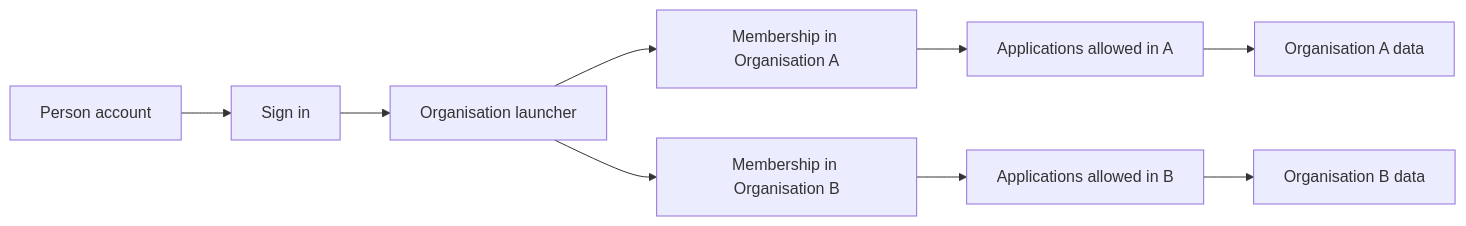
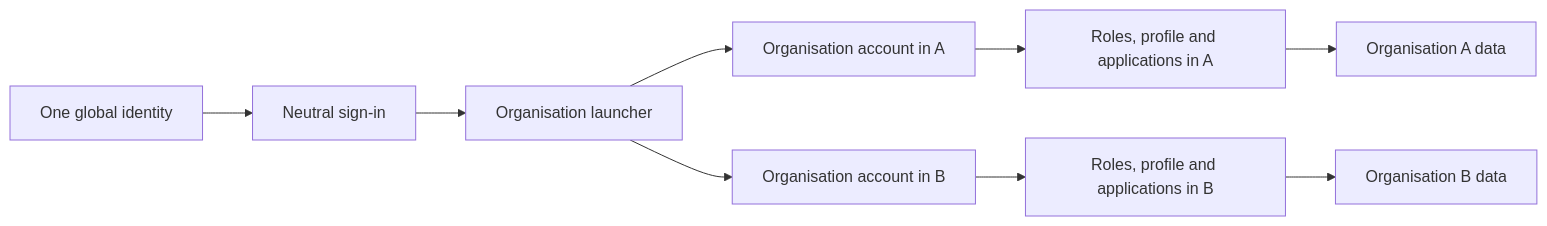
Before and after one commit to Abzum-NZ/Abzum-Vortex: the diagram in docs/specification/02-people-organisations-and-sign-in.md, drawn with Mermaid. The commit also changed other lines of this file and 21 other files, not shown here.

````diff
--- a/docs/specification/02-people-organisations-and-sign-in.md
+++ b/docs/specification/02-people-organisations-and-sign-in.md
@@ -11,11 +11,11 @@
 ```mermaid
 flowchart LR
-    P[Person account] --> S[Sign in]
+    I[One global identity] --> S[Neutral sign-in]
     S --> L[Organisation launcher]
-    L --> M1[Membership in Organisation A]
-    L --> M2[Membership in Organisation B]
-    M1 --> A1[Applications allowed in A]
-    M2 --> A2[Applications allowed in B]
+    L --> O1[Organisation account in A]
+    L --> O2[Organisation account in B]
+    O1 --> A1[Roles, profile and applications in A]
+    O2 --> A2[Roles, profile and applications in B]
     A1 --> D1[Organisation A data]
     A2 --> D2[Organisation B data]
 ```
````
